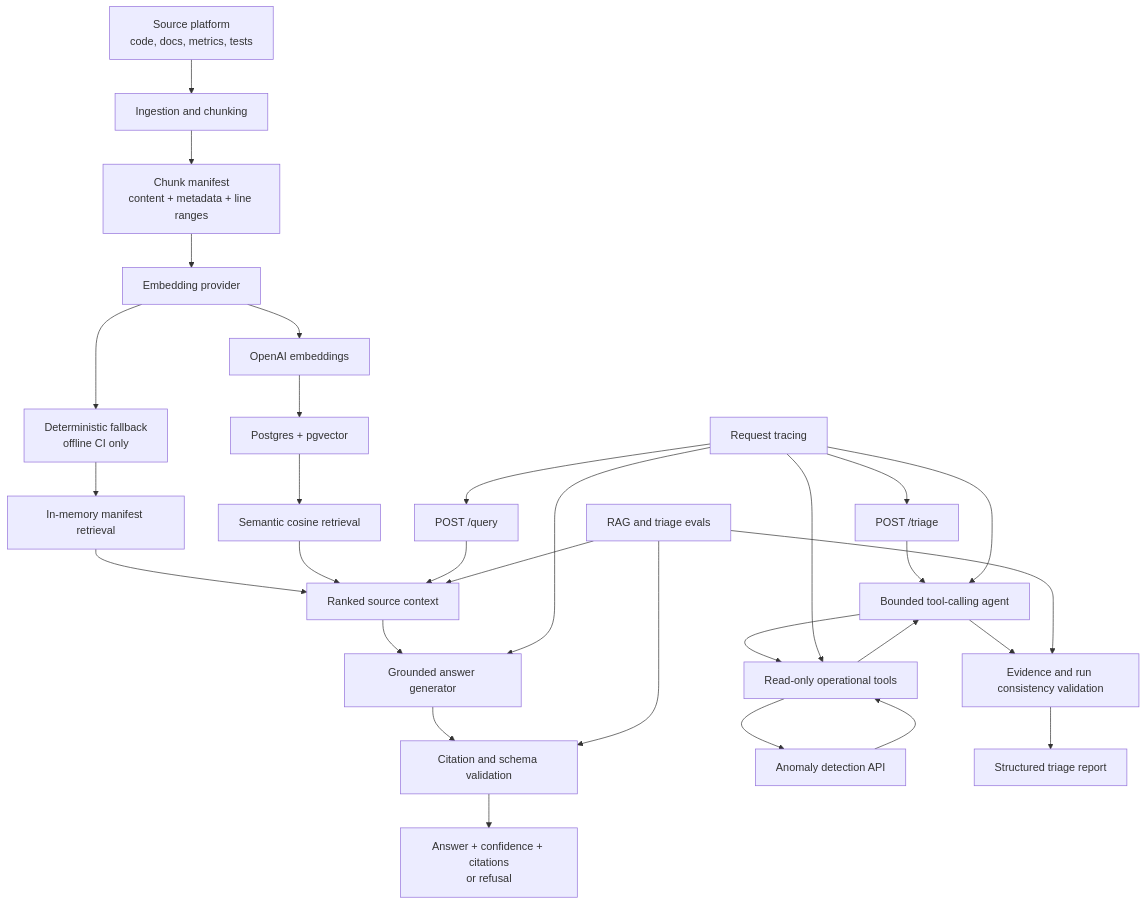
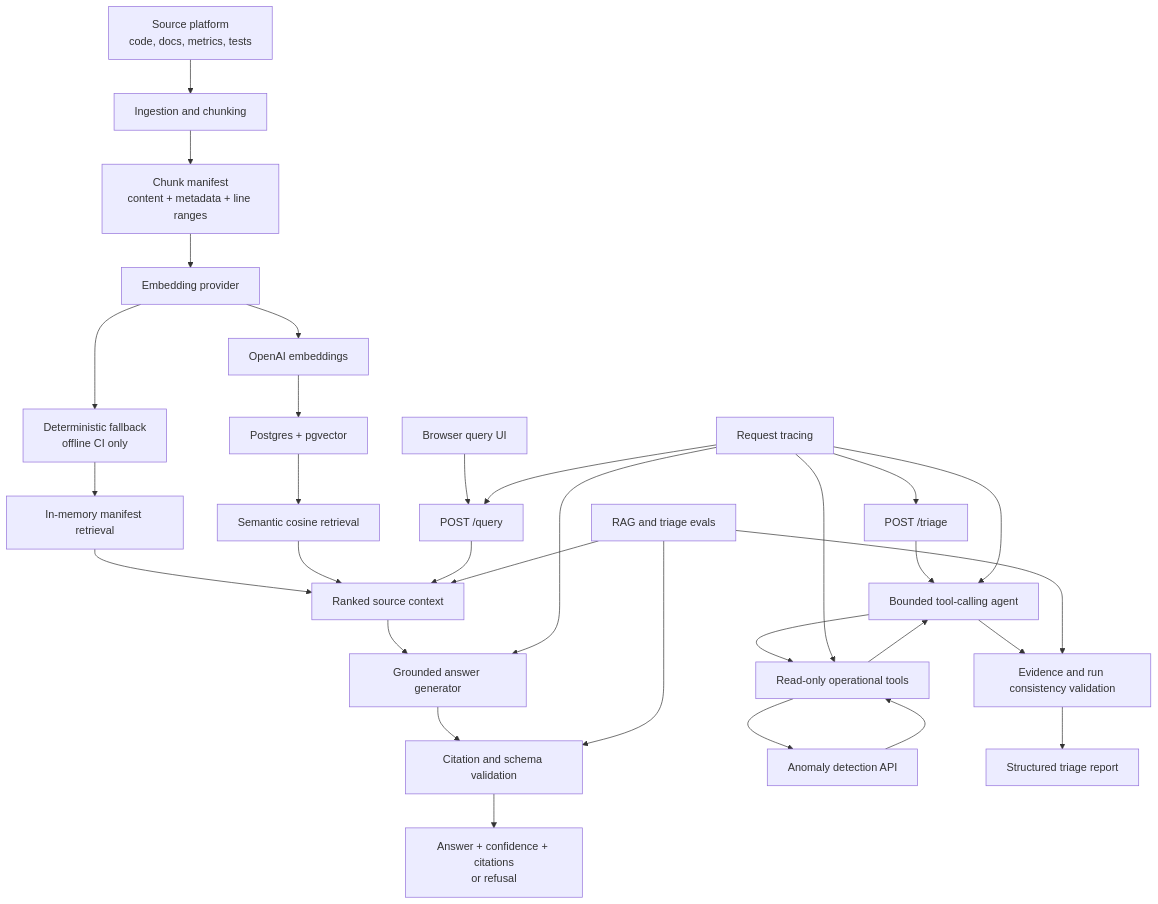
The diagram in README.md (zachhersick/anomalyops-copilot), drawn with Mermaid before and after one commit. The commit also changed other lines of this file and 5 other files, not shown here.

````diff
--- a/README.md
+++ b/README.md
@@ -41,39 +41,40 @@
 ```mermaid
 flowchart TD
     source["Source platform<br/>code, docs, metrics, tests"] --> ingest["Ingestion and chunking"]
     ingest --> manifest["Chunk manifest<br/>content + metadata + line ranges"]
 
     manifest --> embed["Embedding provider"]
     embed --> deterministic["Deterministic fallback<br/>offline CI only"]
     embed --> openaiEmbed["OpenAI embeddings"]
 
     deterministic --> manifestSearch["In-memory manifest retrieval"]
     openaiEmbed --> pgvector["Postgres + pgvector"]
     pgvector --> semanticSearch["Semantic cosine retrieval"]
 
     manifestSearch --> context["Ranked source context"]
     semanticSearch --> context
 
-    query["POST /query"] --> context
+    browser["Browser query UI"] --> query["POST /query"]
+    query --> context
     context --> answer["Grounded answer generator"]
     answer --> validation["Citation and schema validation"]
     validation --> response["Answer + confidence + citations<br/>or refusal"]
 
     triage["POST /triage"] --> agent["Bounded tool-calling agent"]
     agent --> tools["Read-only operational tools"]
     tools --> anomalyApi["Anomaly detection API"]
     anomalyApi --> tools
     tools --> agent
     agent --> evidenceValidation["Evidence and run consistency validation"]
     evidenceValidation --> report["Structured triage report"]
 
     evals["RAG and triage evals"] --> context
     evals --> validation
     evals --> evidenceValidation
 
     tracing["Request tracing"] --> query
     tracing --> triage
     tracing --> answer
     tracing --> agent
     tracing --> tools
 ```
````
